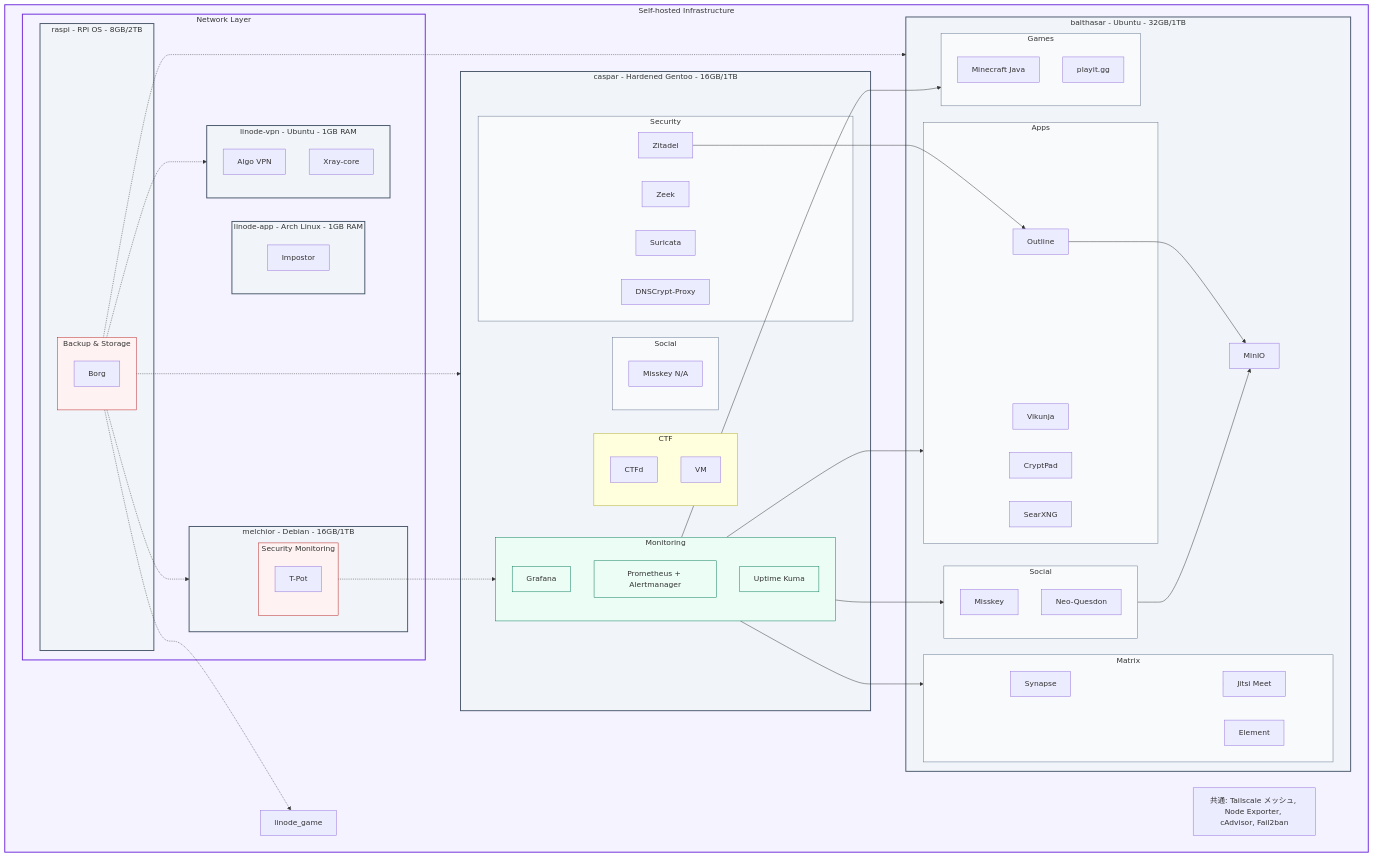
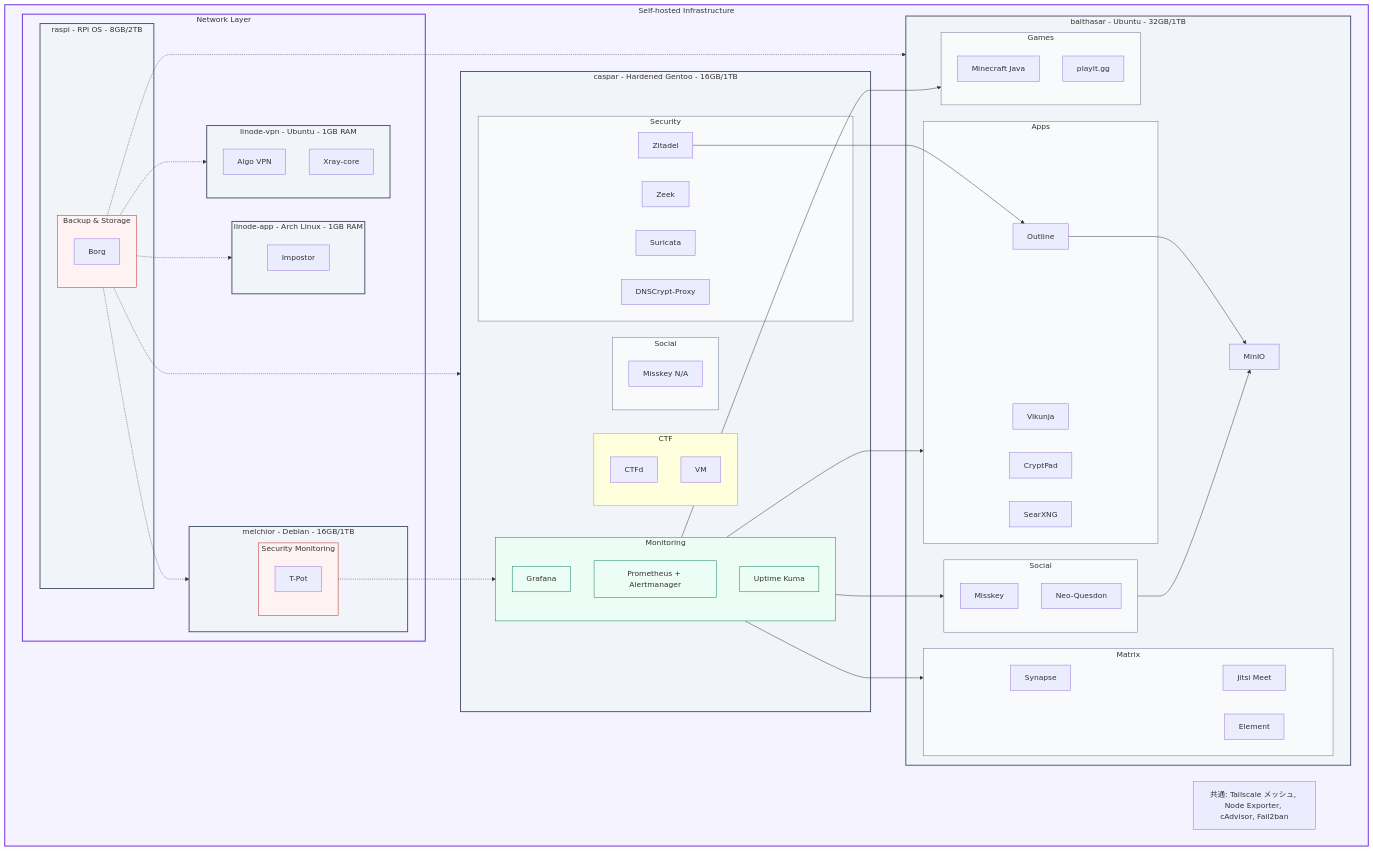
Before and after one commit to yamisskey-dev/hosted-list: the diagram in README.md, drawn with Mermaid.

```diff
--- a/README.md
+++ b/README.md
@@ -80,7 +80,7 @@
 %% Dependencies
 zitadel --> outline
 nsm -.-> monitoring
-backup -.-> balthasar & caspar & melchior & linode_vpn & linode_game
+backup -.-> balthasar & caspar & melchior & linode_vpn & linode_app
 monitoring --> social & matrix & apps & games
 social --> minio
 outline --> minio
```
